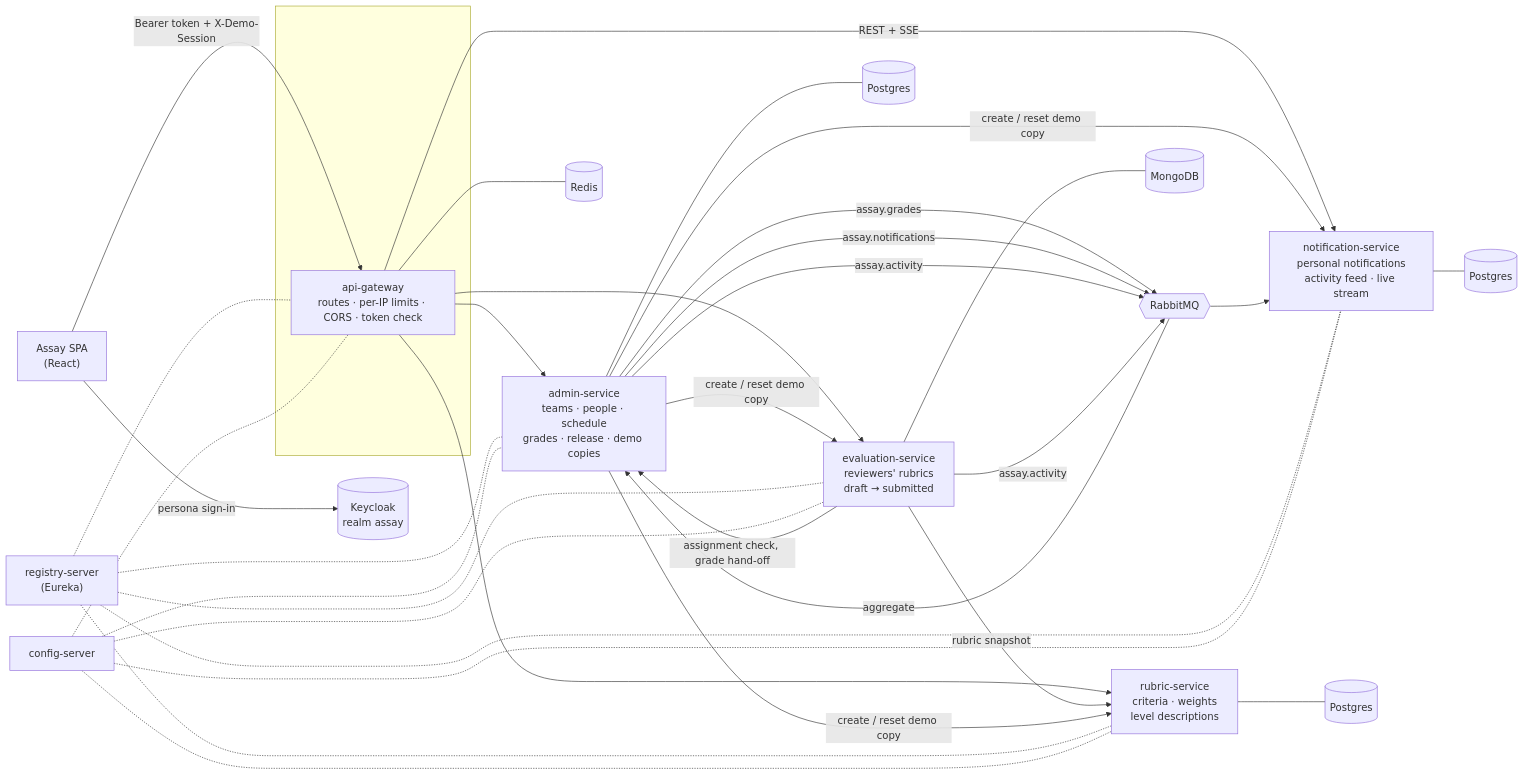
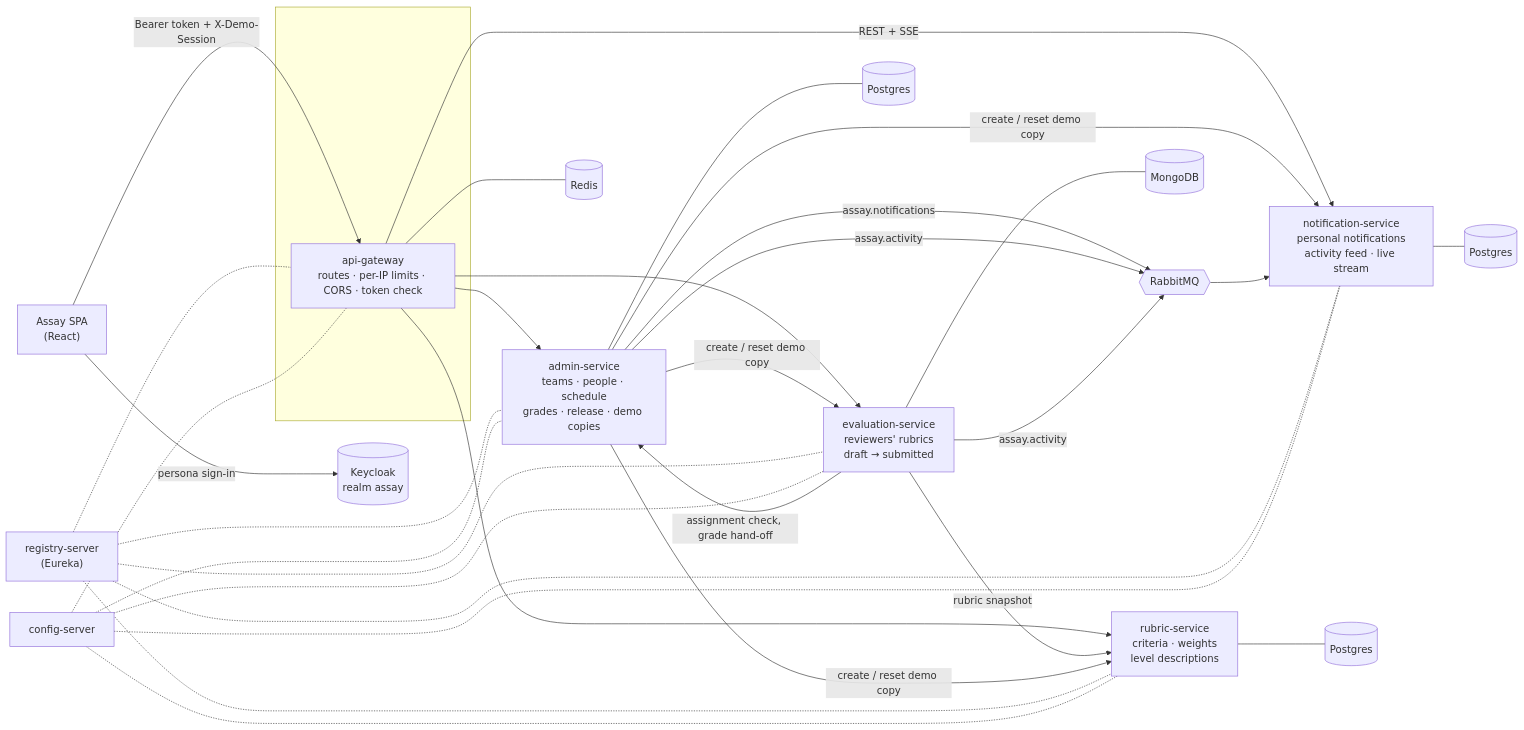
One commit to FirasKhalife/fyp-grading-docker-compose changed the diagram in docs/architecture.md. Above: the diagram before and after it, drawn with Mermaid. The commit also changed other lines of this file and 18 other files, not shown here.

````diff
--- a/docs/architecture.md
+++ b/docs/architecture.md
@@ -7,34 +7,32 @@
 ```mermaid
 flowchart LR
     SPA["Assay SPA<br/>(React)"] -->|"Bearer token + X-Demo-Session"| GW
     SPA -->|"persona sign-in"| KC[("Keycloak<br/>realm assay")]
 
     subgraph edge [" "]
       GW["api-gateway<br/>routes · per-IP limits · CORS · token check"]
     end
 
     GW --> ADMIN["admin-service<br/>teams · people · schedule<br/>grades · release · demo copies"]
     GW --> EVAL["evaluation-service<br/>reviewers' rubrics<br/>draft → submitted"]
     GW --> RUB["rubric-service<br/>criteria · weights<br/>level descriptions"]
     GW -->|"REST + SSE"| NOTIF["notification-service<br/>personal notifications<br/>activity feed · live stream"]
 
     EVAL -->|"assignment check, grade hand-off"| ADMIN
     EVAL -->|"rubric snapshot"| RUB
     ADMIN -->|"create / reset demo copy"| RUB & EVAL & NOTIF
 
-    ADMIN -- "assay.grades" --> MQ{{RabbitMQ}}
-    MQ -- "aggregate" --> ADMIN
-    ADMIN -- "assay.notifications" --> MQ
+    ADMIN -- "assay.notifications" --> MQ{{RabbitMQ}}
     ADMIN -- "assay.activity" --> MQ
     EVAL -- "assay.activity" --> MQ
     MQ --> NOTIF
 
     ADMIN --- PG1[(Postgres)]
     RUB --- PG2[(Postgres)]
     NOTIF --- PG3[(Postgres)]
     EVAL --- MONGO[(MongoDB)]
     GW --- REDIS[(Redis)]
 
     REG["registry-server<br/>(Eureka)"] -.- ADMIN & EVAL & RUB & NOTIF & GW
     CFG["config-server"] -.- ADMIN & EVAL & RUB & NOTIF & GW
 ```
````
